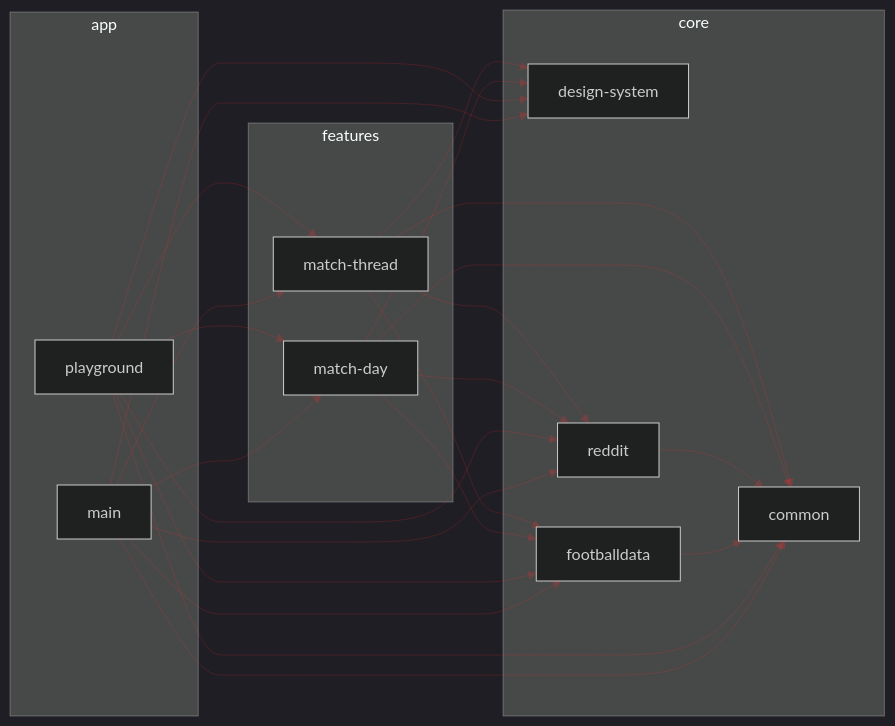
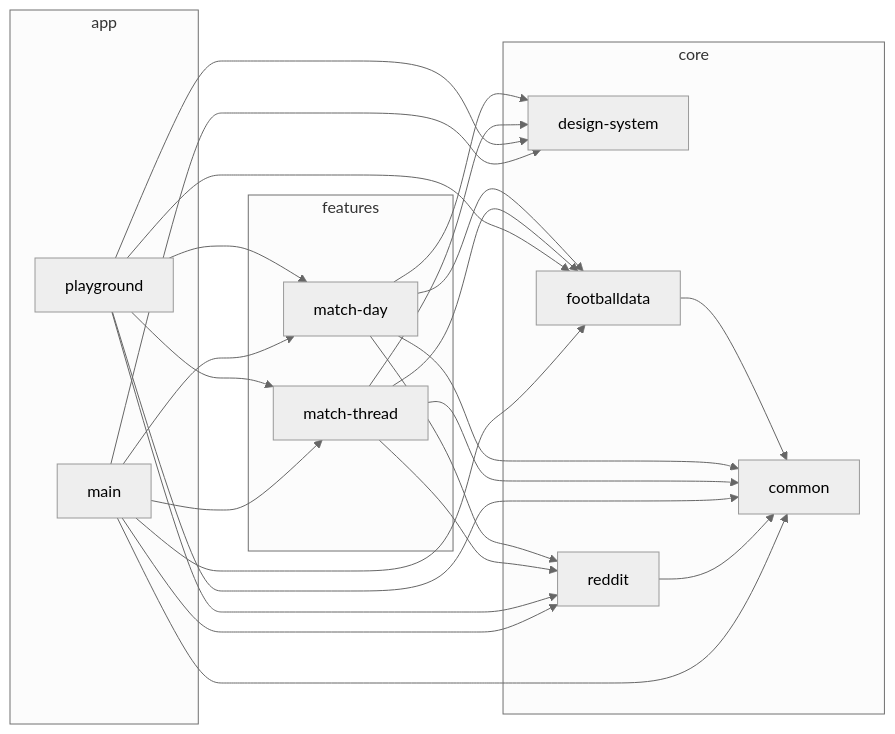
One commit to iurysza/livematch changed the diagram in README.md. Above: the diagram before and after it, drawn with Mermaid. The commit also changed other lines of this file and 2 other files, not shown here.

Commit message:
replace dependency graph task with module graph plugin

````diff
--- a/README.md
+++ b/README.md
@@ -67,53 +67,46 @@
 ```mermaid
 %%{
   init: {
-    'theme': 'dark',
-    'themeVariables': {
-      'primaryColor': '#C4C7B300',
-      'primaryTextColor': '#fff',
-      'primaryBorderColor': '#7C0000',
-      'lineColor': '#FF2F2F2F',
-      'secondaryColor': '#006100',
-      'tertiaryColor': '#fff'
-    }
+    'theme': 'neutral'
   }
 }%%
 
 graph LR
   subgraph app
     main
     playground
   end
   subgraph core
     common
     design-system
     footballdata
     reddit
   end
   subgraph features
     match-day
     match-thread
   end
-  main --> match-thread
-  main --> match-day
-  main --> footballdata
-  main --> reddit
-  main --> design-system
-  main --> common
-  playground --> match-thread
-  playground --> match-day
-  playground --> footballdata
-  playground --> reddit
-  playground --> design-system
-  playground --> common
   footballdata --> common
-  reddit --> common
   match-day --> common
   match-day --> footballdata
   match-day --> design-system
   match-day --> reddit
   match-thread --> common
   match-thread --> footballdata
   match-thread --> design-system
   match-thread --> reddit
+  playground --> match-thread
+  playground --> match-day
+  playground --> footballdata
+  playground --> reddit
+  playground --> design-system
+  playground --> common
+  reddit --> common
+  main --> match-thread
+  main --> match-day
+  main --> footballdata
+  main --> reddit
+  main --> design-system
+  main --> common
+
 ```
````
